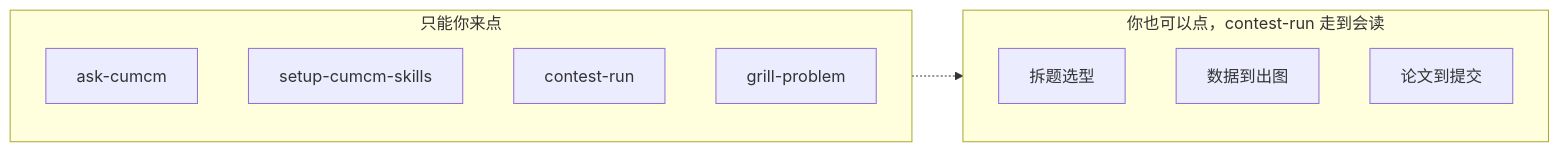
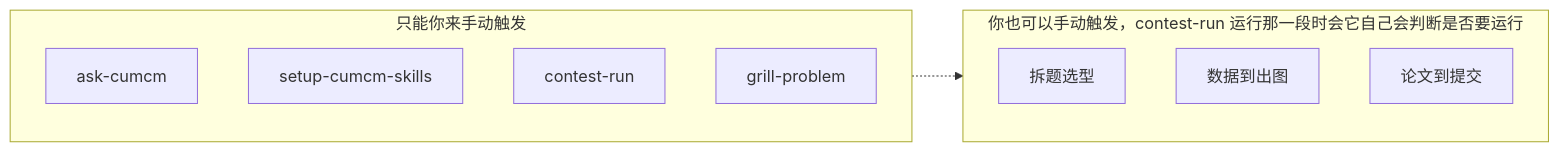
The fourth of 4 diagrams in README.md (NemoArce2007/cumcm-skills), drawn with Mermaid before and after one commit. The commit also changed other lines of this file, not shown here.

````diff
--- a/README.md
+++ b/README.md
@@ -96,17 +107,17 @@
 ```mermaid
 flowchart LR
-  subgraph L["只能你来点"]
+  subgraph L["只能你来手动触发"]
     direction TB
     ask["ask-cumcm"]
     setup["setup-cumcm-skills"]
     run["contest-run"]
     grill["grill-problem"]
   end
-  subgraph R["你也可以点，contest-run 走到会读"]
+  subgraph R["你也可以手动触发，contest-run 运行那一段时会它自己会判断是否要运行"]
     direction TB
     r1["拆题选型"]
     r2["数据到出图"]
     r3["论文到提交"]
   end
   run -.-> r1
 ```
````
